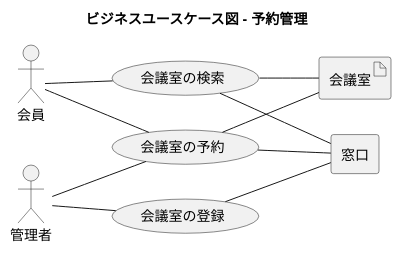
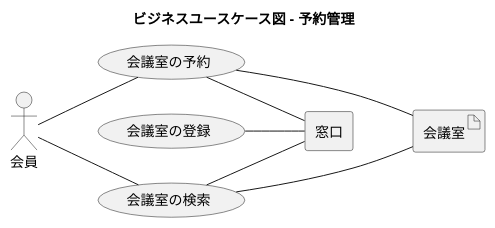
Before and after one commit to k2works/case-study-mrs: the fifth of 22 diagrams in docs/index.adoc, drawn with PlantUML. The commit also changed other lines of this file and 11 other files, not shown here.

```diff
--- a/docs/index.adoc
+++ b/docs/index.adoc
@@ -164,32 +161,29 @@
 [plantuml]
 ----
 @startuml
 
 title ビジネスユースケース図 - 予約管理
 
 left to right direction
 
 actor 会員 as ac_01
-actor 管理者 as ac_02
 
 agent 窓口 as ag_01
 
 usecase 会議室の検索 as uc_01
 usecase 会議室の予約 as uc_02
 usecase 会議室の登録 as uc_03
 
 artifact 会議室 as af_01
 
 ac_01 -- (uc_01)
 ac_01 -- (uc_02)
-ac_02 -- (uc_02)
-ac_02 -- (uc_03)
 
-(uc_01) -- af_01
+(uc_01) --- af_01
 (uc_01) -- ag_01
 (uc_02) -- af_01
 (uc_02) -- ag_01
 (uc_03) -- ag_01
 
 @enduml
 ----
```
